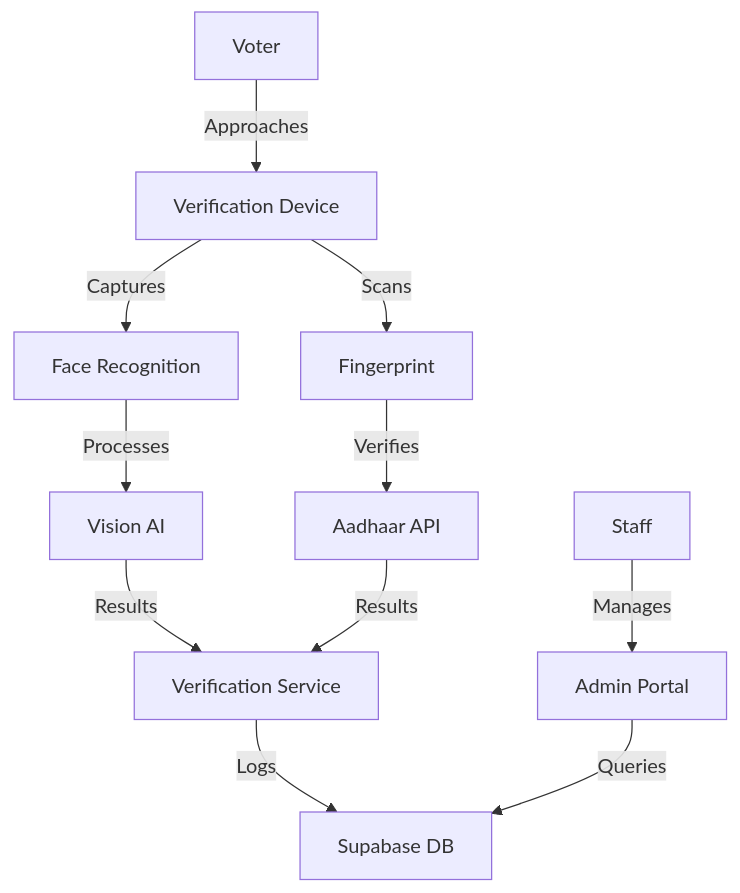
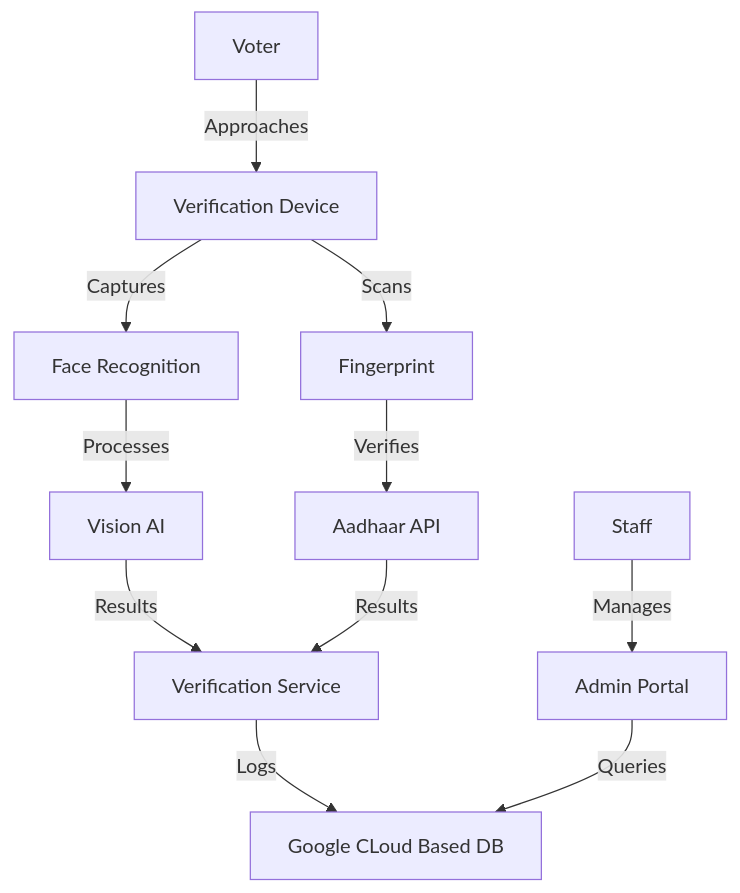
Before and after one commit to Drago-03/VoteX: the diagram in README.md, drawn with Mermaid. The commit also changed other lines of this file, not shown here.

Commit message:
supabase db removed from graph

````diff
--- a/README.md
+++ b/README.md
@@ -68,13 +74,13 @@
 ```mermaid
 graph TD
     A[Voter] -->|Approaches| B[Verification Device]
     B -->|Captures| C[Face Recognition]
     B -->|Scans| D[Fingerprint]
     C -->|Processes| E[Vision AI]
     D -->|Verifies| F[Aadhaar API]
     E -->|Results| G[Verification Service]
     F -->|Results| G
-    G -->|Logs| H[Supabase DB]
+    G -->|Logs| H[Google CLoud Based DB]
     I[Staff] -->|Manages| J[Admin Portal]
     J -->|Queries| H
 ```
````
